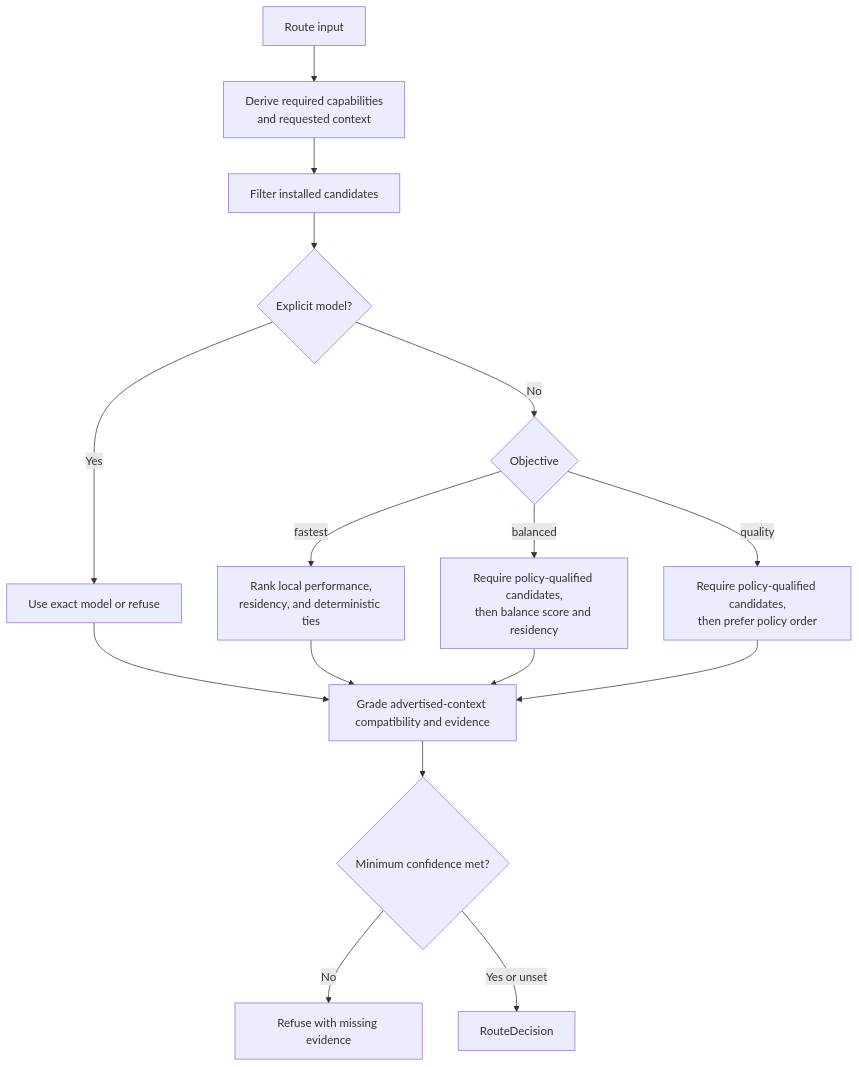
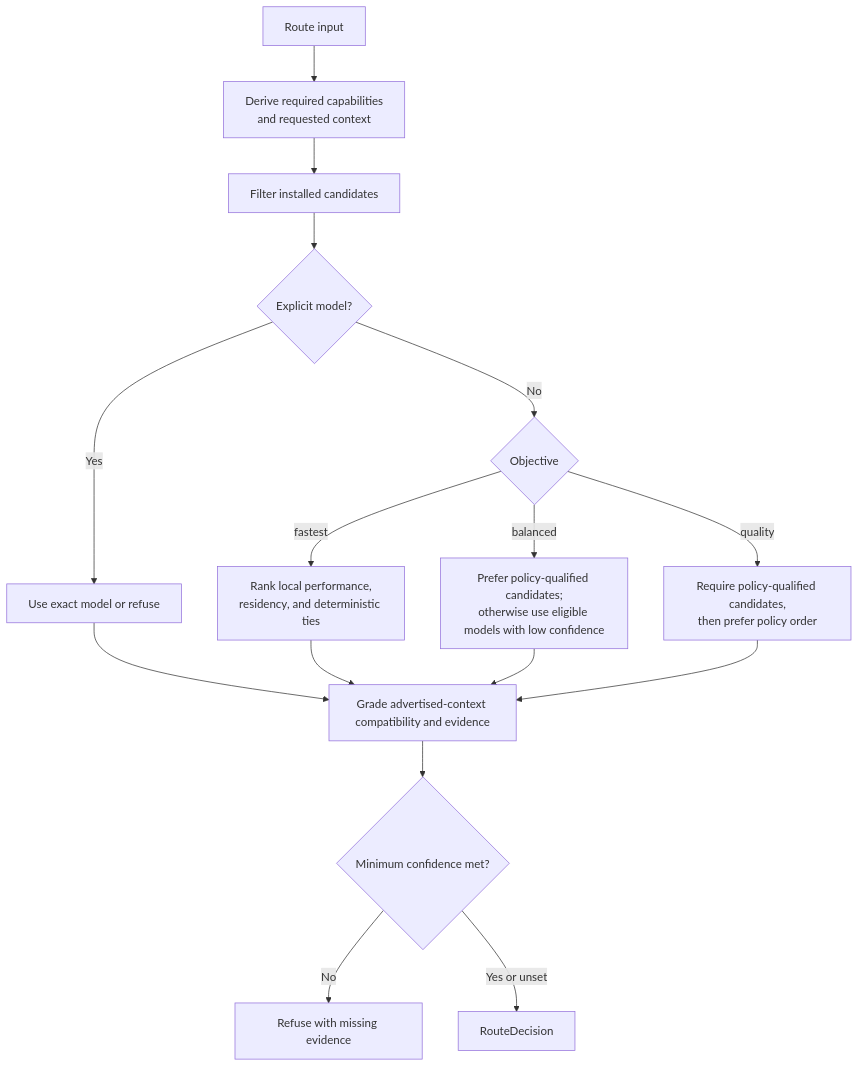
Before and after one commit to bgauryy/FreeLlama: the fourth of 10 diagrams in docs/ARCHITECTURE.md, drawn with Mermaid. The commit also changed other lines of this file and 229 other files, not shown here.

````diff
--- a/docs/ARCHITECTURE.md
+++ b/docs/ARCHITECTURE.md
@@ -133,18 +154,18 @@
 ```mermaid
 flowchart TD
     I["Route input"] --> C["Derive required capabilities<br/>and requested context"]
     C --> F["Filter installed candidates"]
     F --> X{"Explicit model?"}
     X -->|"Yes"| E["Use exact model or refuse"]
     X -->|"No"| O{"Objective"}
     O -->|"fastest"| S["Rank local performance,<br/>residency, and deterministic ties"]
-    O -->|"balanced"| B["Require policy-qualified candidates,<br/>then balance score and residency"]
+    O -->|"balanced"| B["Prefer policy-qualified candidates;<br/>otherwise use eligible models with low confidence"]
     O -->|"quality"| Q["Require policy-qualified candidates,<br/>then prefer policy order"]
     E --> H["Grade advertised-context compatibility and evidence"]
     S --> H
     B --> H
     Q --> H
     H --> G{"Minimum confidence met?"}
     G -->|"No"| R["Refuse with missing evidence"]
     G -->|"Yes or unset"| D["RouteDecision"]
 ```
````
